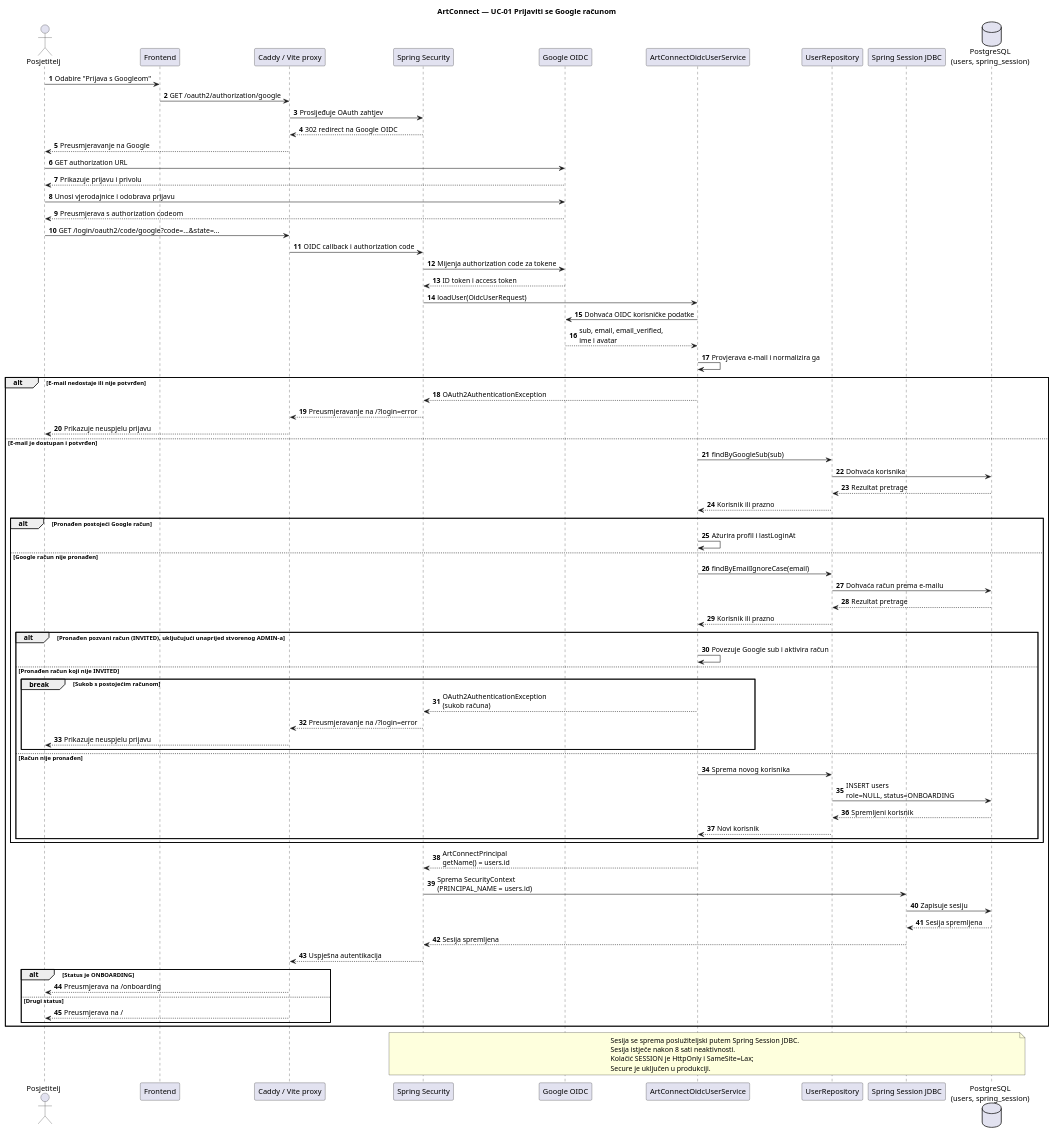
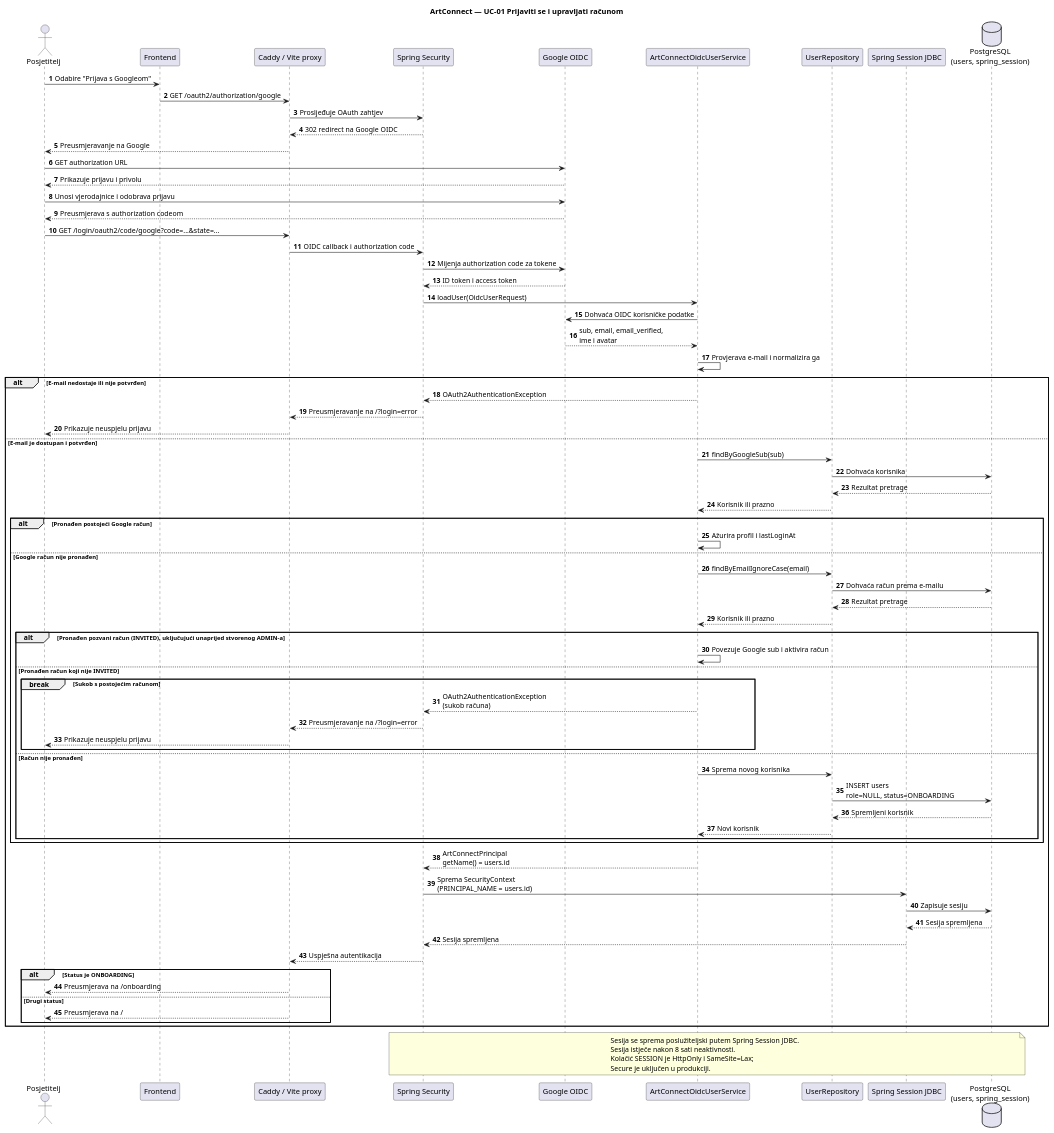
The diagram in docs/puml/4-4-artconnect-google-login-SD.puml (LD05-fk/Strumfovi), drawn with PlantUML before and after one commit. The commit also changed 11 other files, not shown here.

```diff
--- a/docs/puml/4-4-artconnect-google-login-SD.puml
+++ b/docs/puml/4-4-artconnect-google-login-SD.puml
@@ -1,88 +1,88 @@
 @startuml
-title ArtConnect — UC-01 Prijaviti se Google računom
+title ArtConnect — UC-01 Prijaviti se i upravljati računom
 
 autonumber
 
 actor "Posjetitelj" as User
 participant "Frontend" as FE
 participant "Caddy / Vite proxy" as Proxy
 participant "Spring Security" as Security
 participant "Google OIDC" as Google
 participant "ArtConnectOidcUserService" as OidcService
 participant "UserRepository" as UserRepository
 participant "Spring Session JDBC" as Session
 database "PostgreSQL\n(users, spring_session)" as DB
 
 User -> FE: Odabire "Prijava s Googleom"
 FE -> Proxy: GET /oauth2/authorization/google
 Proxy -> Security: Prosljeđuje OAuth zahtjev
 Security --> Proxy: 302 redirect na Google OIDC
 Proxy --> User: Preusmjeravanje na Google
 User -> Google: GET authorization URL
 Google --> User: Prikazuje prijavu i privolu
 User -> Google: Unosi vjerodajnice i odobrava prijavu
 Google --> User: Preusmjerava s authorization codeom
 User -> Proxy: GET /login/oauth2/code/google?code=...&state=...
 Proxy -> Security: OIDC callback i authorization code
 Security -> Google: Mijenja authorization code za tokene
 Google --> Security: ID token i access token
 Security -> OidcService: loadUser(OidcUserRequest)
 OidcService -> Google: Dohvaća OIDC korisničke podatke
 Google --> OidcService: sub, email, email_verified,\nime i avatar
 
 OidcService -> OidcService: Provjerava e-mail i normalizira ga
 alt E-mail nedostaje ili nije potvrđen
     OidcService --> Security: OAuth2AuthenticationException
     Security --> Proxy: Preusmjeravanje na /?login=error
     Proxy --> User: Prikazuje neuspjelu prijavu
 else E-mail je dostupan i potvrđen
     OidcService -> UserRepository: findByGoogleSub(sub)
     UserRepository -> DB: Dohvaća korisnika
     DB --> UserRepository: Rezultat pretrage
     UserRepository --> OidcService: Korisnik ili prazno
 
     alt Pronađen postojeći Google račun
         OidcService -> OidcService: Ažurira profil i lastLoginAt
     else Google račun nije pronađen
         OidcService -> UserRepository: findByEmailIgnoreCase(email)
         UserRepository -> DB: Dohvaća račun prema e-mailu
         DB --> UserRepository: Rezultat pretrage
         UserRepository --> OidcService: Korisnik ili prazno
 
         alt Pronađen pozvani račun (INVITED), uključujući unaprijed stvorenog ADMIN-a
             OidcService -> OidcService: Povezuje Google sub i aktivira račun
         else Pronađen račun koji nije INVITED
             break Sukob s postojećim računom
             OidcService --> Security: OAuth2AuthenticationException\n(sukob računa)
             Security --> Proxy: Preusmjeravanje na /?login=error
             Proxy --> User: Prikazuje neuspjelu prijavu
             end
         else Račun nije pronađen
             OidcService -> UserRepository: Sprema novog korisnika
             UserRepository -> DB: INSERT users\nrole=NULL, status=ONBOARDING
             DB --> UserRepository: Spremljeni korisnik
             UserRepository --> OidcService: Novi korisnik
         end
     end
 
     OidcService --> Security: ArtConnectPrincipal\ngetName() = users.id
     Security -> Session: Sprema SecurityContext\n(PRINCIPAL_NAME = users.id)
     Session -> DB: Zapisuje sesiju
     DB --> Session: Sesija spremljena
     Session --> Security: Sesija spremljena
     Security --> Proxy: Uspješna autentikacija
     alt Status je ONBOARDING
         Proxy --> User: Preusmjerava na /onboarding
     else Drugi status
         Proxy --> User: Preusmjerava na /
     end
 end
 
 note over Security,DB
 Sesija se sprema poslužiteljski putem Spring Session JDBC.
 Sesija istječe nakon 8 sati neaktivnosti.
 Kolačić SESSION je HttpOnly i SameSite=Lax;
 Secure je uključen u produkciji.
 end note
 
 @enduml
```
